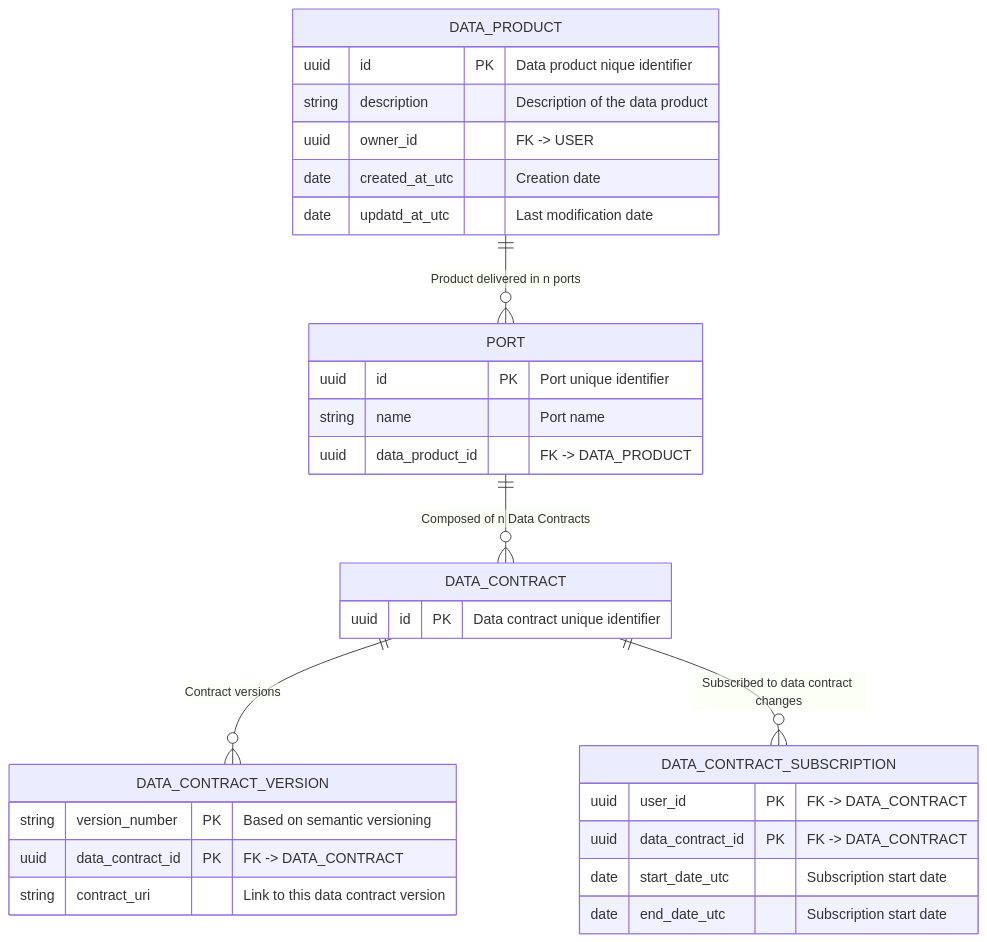
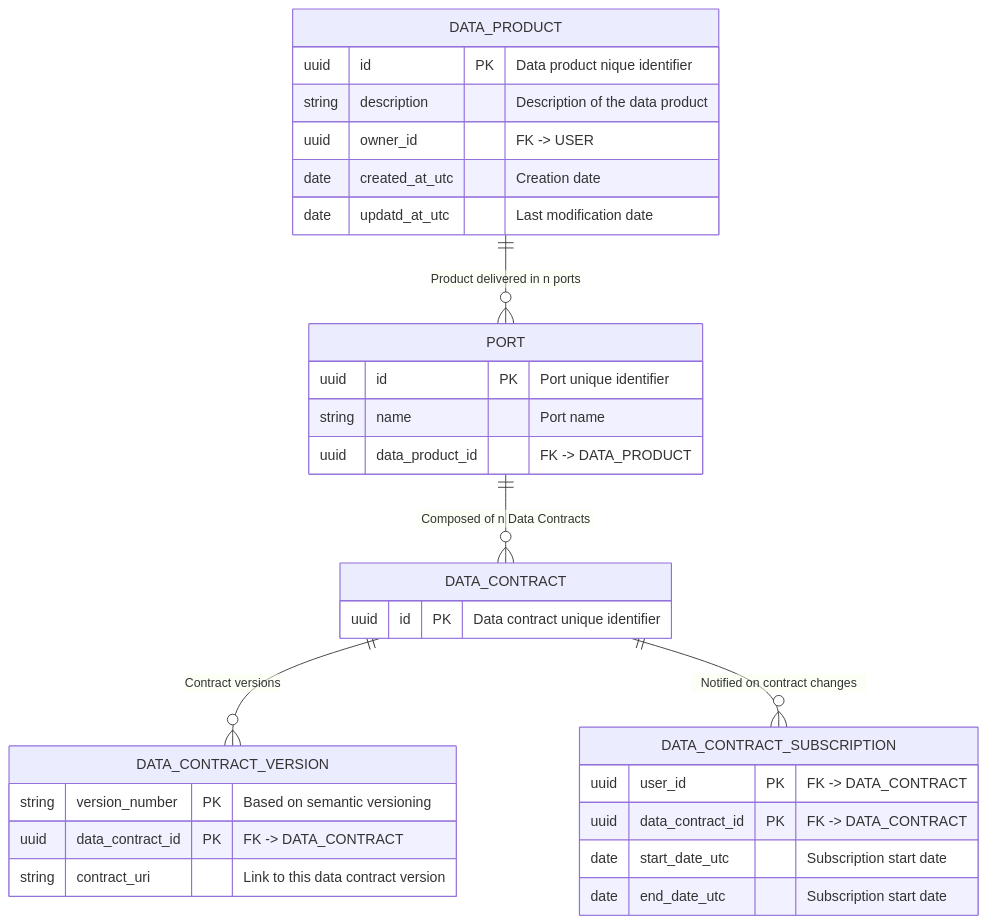
One commit to monmaya/base-impl changed the diagram in docs/relational_model.md. Above: the diagram before and after it, drawn with Mermaid.

````diff
--- a/docs/relational_model.md
+++ b/docs/relational_model.md
@@ -5,43 +5,43 @@
 ```mermaid
 
 erDiagram
 
     DATA_PRODUCT {
         uuid id PK "Data product nique identifier"
         string description "Description of the data product"
         uuid owner_id "FK -> USER"
         date created_at_utc "Creation date"
         date updatd_at_utc "Last modification date"
     }
 
     PORT {
         uuid id PK "Port unique identifier"
         string name "Port name"
         uuid data_product_id "FK -> DATA_PRODUCT"
     }
 
     DATA_CONTRACT {
         uuid id PK "Data contract unique identifier"
     }
 
     DATA_CONTRACT_VERSION {
         string version_number PK "Based on semantic versioning"
         uuid data_contract_id PK "FK -> DATA_CONTRACT"
         string contract_uri "Link to this data contract version"
     }
 
     
     DATA_CONTRACT_SUBSCRIPTION {
         uuid user_id PK "FK -> DATA_CONTRACT"
         uuid data_contract_id PK "FK -> DATA_CONTRACT"
         date start_date_utc "Subscription start date"
         date end_date_utc "Subscription start date"
     }
 
     DATA_PRODUCT ||--o{ PORT : "Product delivered in n ports"
     PORT ||--o{ DATA_CONTRACT : "Composed of n Data Contracts"
     DATA_CONTRACT ||--o{ DATA_CONTRACT_VERSION : "Contract versions"
-    DATA_CONTRACT ||--o{ DATA_CONTRACT_SUBSCRIPTION : "Subscribed to data contract changes"
+    DATA_CONTRACT ||--o{ DATA_CONTRACT_SUBSCRIPTION : "Notified on contract changes"
 
 
   ```
````
